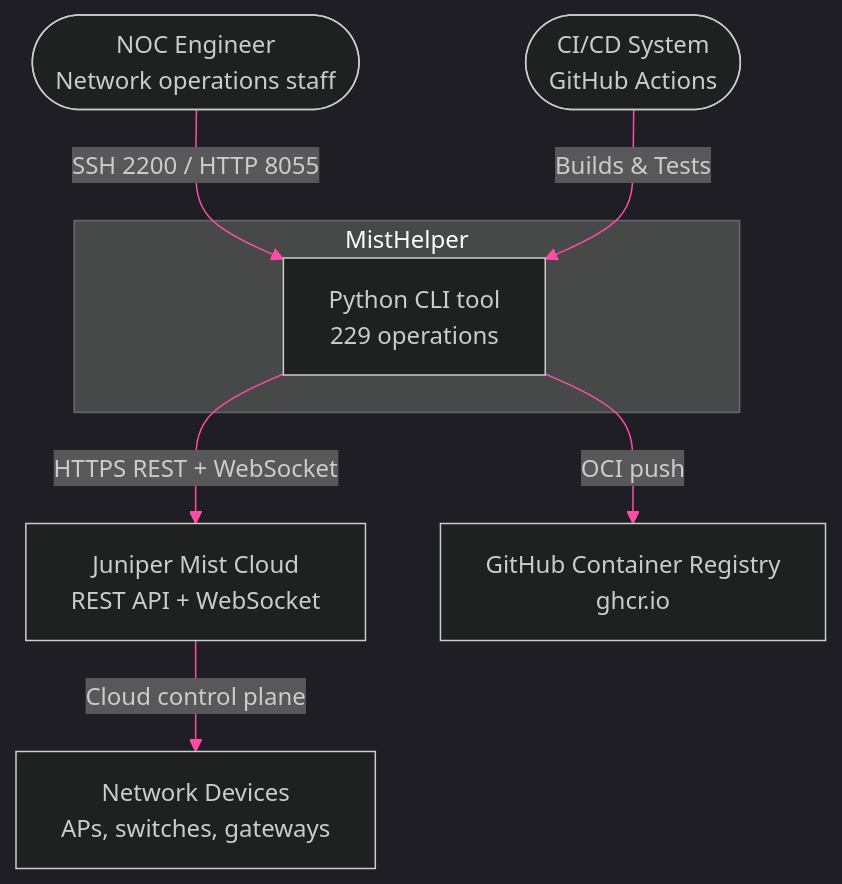
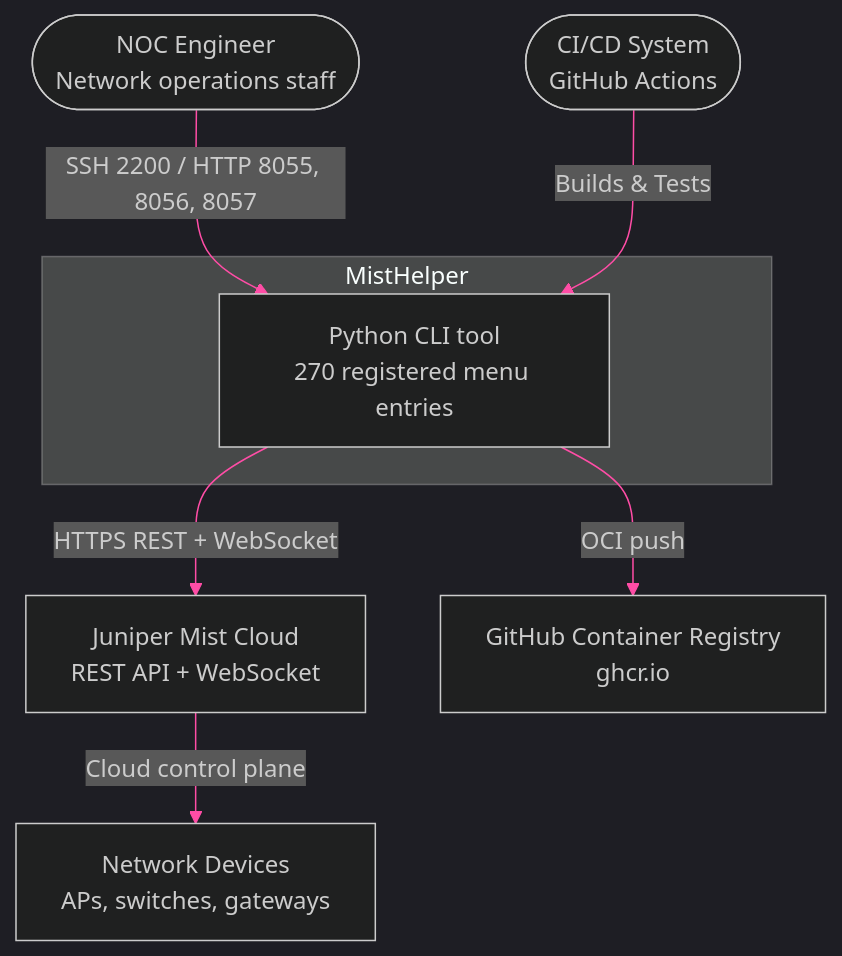
The first of 3 diagrams in documentation/diagrams/core/architecture-overview.md (jmorrison-juniper/MistHelper), drawn with Mermaid before and after one commit. The commit also changed other lines of this file and 110 other files, not shown here.

````diff
--- a/documentation/diagrams/core/architecture-overview.md
+++ b/documentation/diagrams/core/architecture-overview.md
@@ -11,28 +11,28 @@
 ```mermaid
 %%{init: {'theme': 'dark', 'themeVariables': {
   'primaryColor': '#E20074',
   'primaryTextColor': '#E0E0E0',
   'primaryBorderColor': '#99004D',
   'lineColor': '#FF4DA6',
   'secondaryColor': '#16213E',
   'tertiaryColor': '#1A1A2E',
   'fontFamily': 'ui-monospace, monospace'
 }}}%%
 flowchart TB
     noc_engineer(["NOC Engineer<br/>Network operations staff"])
     ci_system(["CI/CD System<br/>GitHub Actions"])
 
     subgraph misthelper["MistHelper"]
-        mh["Python CLI tool<br/>229 operations"]
+        mh["Python CLI tool<br/>270 registered menu entries"]
     end
 
     mist_cloud["Juniper Mist Cloud<br/>REST API + WebSocket"]
     ghcr["GitHub Container Registry<br/>ghcr.io"]
     network_devices["Network Devices<br/>APs, switches, gateways"]
 
-    noc_engineer -->|"SSH 2200 / HTTP 8055"| mh
+    noc_engineer -->|"SSH 2200 / HTTP 8055, 8056, 8057"| mh
     ci_system -->|"Builds & Tests"| mh
     mh -->|"HTTPS REST + WebSocket"| mist_cloud
     mh -->|"OCI push"| ghcr
     mist_cloud -->|"Cloud control plane"| network_devices
 ```
````
